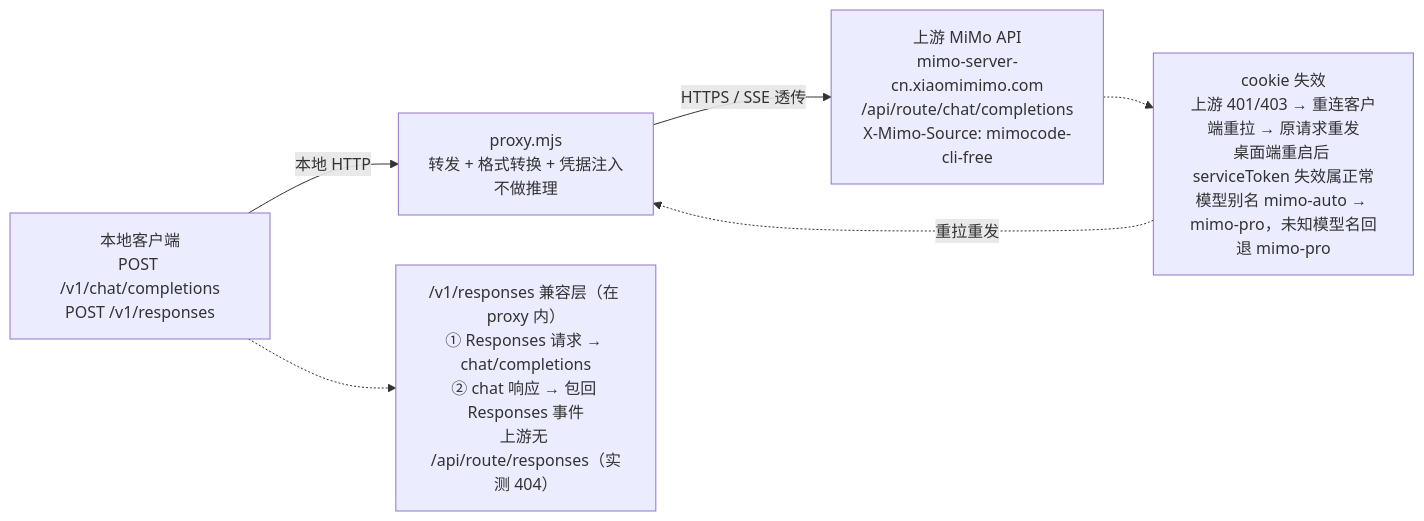
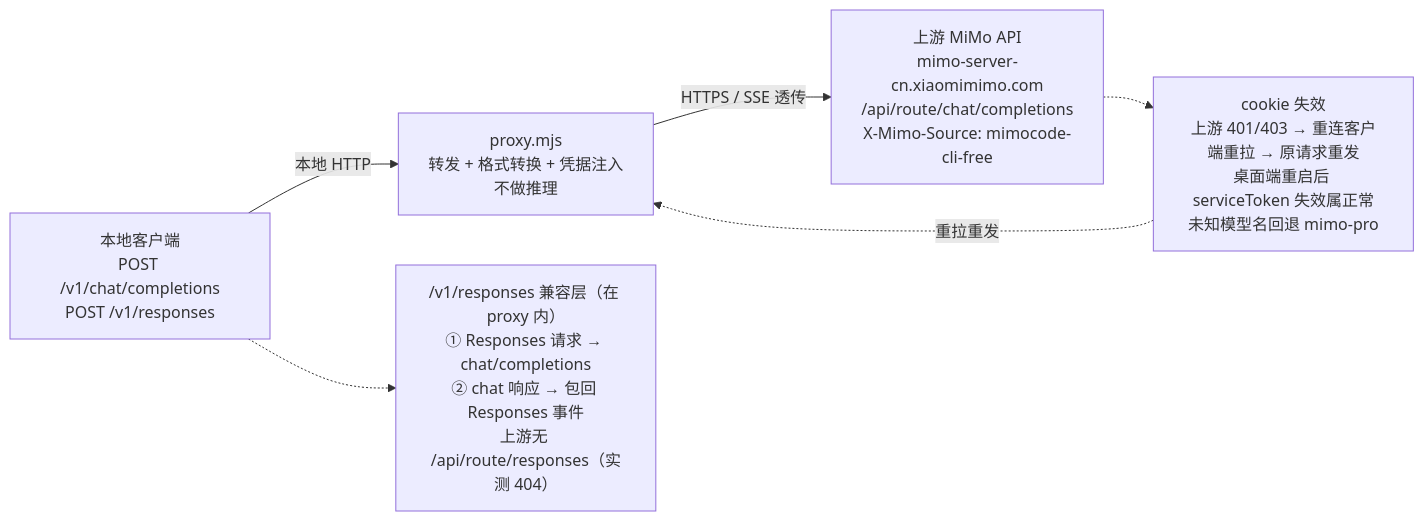
One commit to LanluZ/mimo-desktop-proxy changed the second of 2 diagrams in README.md. Above: the diagram before and after it, drawn with Mermaid. The commit also changed other lines of this file and 2 other files, not shown here.

First line of the commit message:
refactor: 移除 mimo-auto 别名处理（上游不认该名字）

````diff
--- a/README.md
+++ b/README.md
@@ -26,14 +26,14 @@
 ```mermaid
 flowchart LR
   CL["本地客户端<br/>POST /v1/chat/completions<br/>POST /v1/responses"]
   PX["proxy.mjs<br/>转发 + 格式转换 + 凭据注入<br/>不做推理"]
   UP["上游 MiMo API<br/>mimo-server-cn.xiaomimimo.com<br/>/api/route/chat/completions<br/>X-Mimo-Source: mimocode-cli-free"]
   RESP["/v1/responses 兼容层（在 proxy 内）<br/>① Responses 请求 → chat/completions<br/>② chat 响应 → 包回 Responses 事件<br/>上游无 /api/route/responses（实测 404）"]
-  COOK["cookie 失效<br/>上游 401/403 → 重连客户端重拉 → 原请求重发<br/>桌面端重启后 serviceToken 失效属正常<br/>模型别名 mimo-auto → mimo-pro，未知模型名回退 mimo-pro"]
+  COOK["cookie 失效<br/>上游 401/403 → 重连客户端重拉 → 原请求重发<br/>桌面端重启后 serviceToken 失效属正常<br/>未知模型名回退 mimo-pro"]
 
   CL -->|"本地 HTTP"| PX
   CL -.-> RESP
   PX -->|"HTTPS / SSE 透传"| UP
   UP -.-> COOK
   COOK -.->|"重拉重发"| PX
 ```
````
